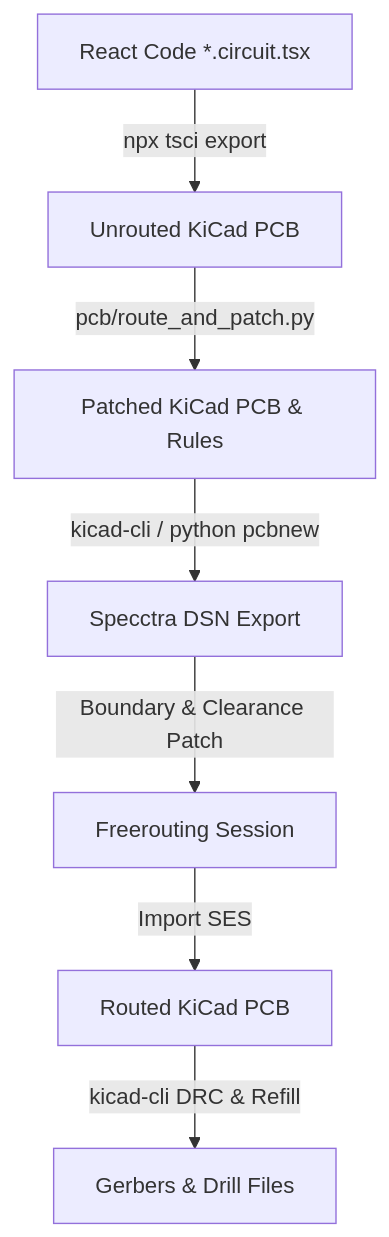
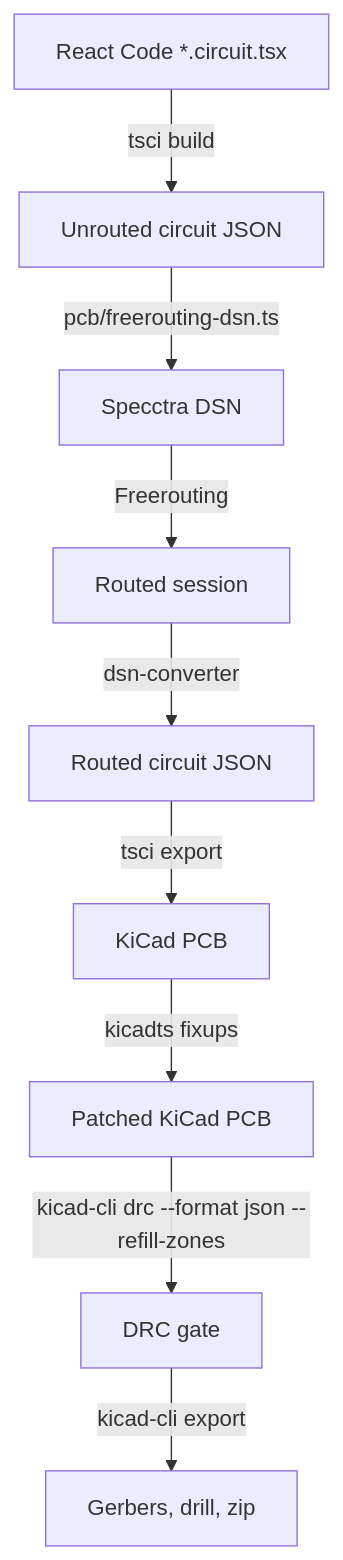
Before and after one commit to jbsohn/lokey-7800-ym2149: the diagram in docs/PCB.md, drawn with Mermaid. The commit also changed other lines of this file and 24 other files, not shown here.

First line of the commit message:
move to bun, refactor TypeScript and DevContainer/GitHub actions flow (#9)

````diff
--- a/docs/PCB.md
+++ b/docs/PCB.md
@@ -19,9 +21,11 @@
 ```mermaid
 graph TD
-    A[React Code *.circuit.tsx] -->|npx tsci export| B[Unrouted KiCad PCB]
-    B -->|pcb/route_and_patch.py| C[Patched KiCad PCB & Rules]
-    C -->|kicad-cli / python pcbnew| D[Specctra DSN Export]
-    D -->|Boundary & Clearance Patch| E[Freerouting Session]
-    E -->|Import SES| F[Routed KiCad PCB]
-    F -->|kicad-cli DRC & Refill| G[Gerbers & Drill Files]
+    A[React Code *.circuit.tsx] -->|tsci build| B[Unrouted circuit JSON]
+    B -->|pcb/freerouting-dsn.ts| C[Specctra DSN]
+    C -->|Freerouting| D[Routed session]
+    D -->|dsn-converter| E[Routed circuit JSON]
+    E -->|tsci export| F[KiCad PCB]
+    F -->|kicadts fixups| G[Patched KiCad PCB]
+    G -->|kicad-cli drc --format json --refill-zones| H[DRC gate]
+    H -->|kicad-cli export| I[Gerbers, drill, zip]
 ```
````
